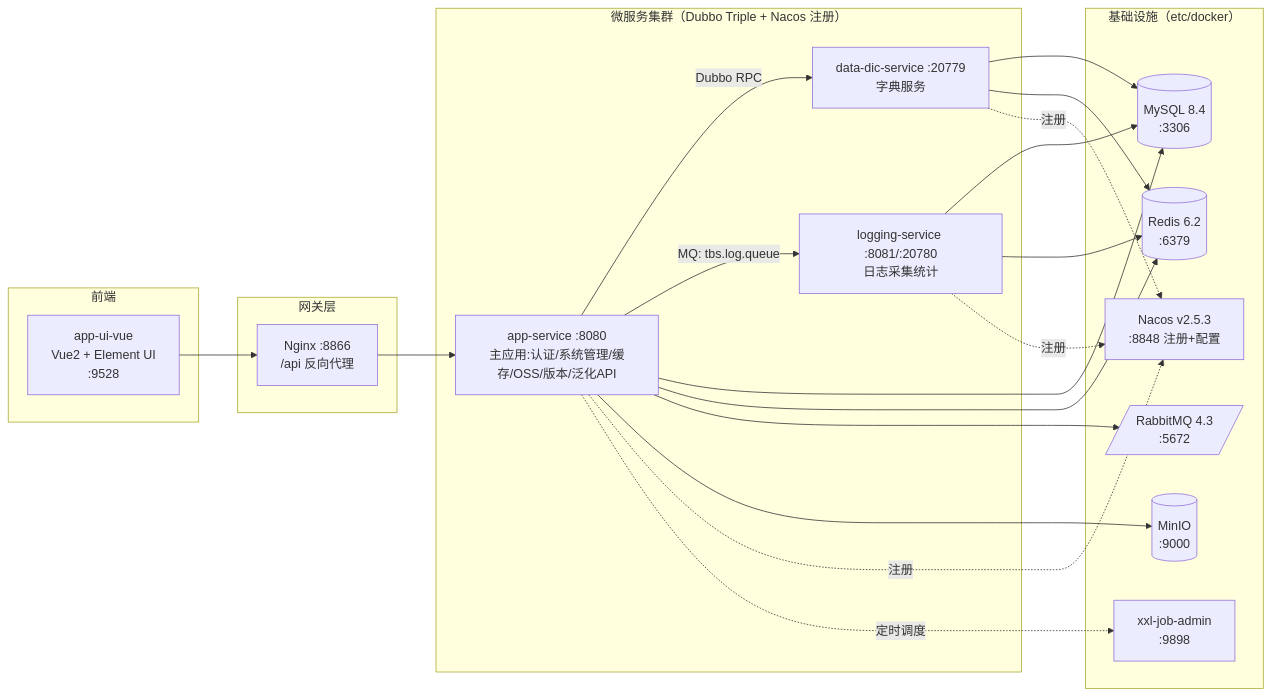
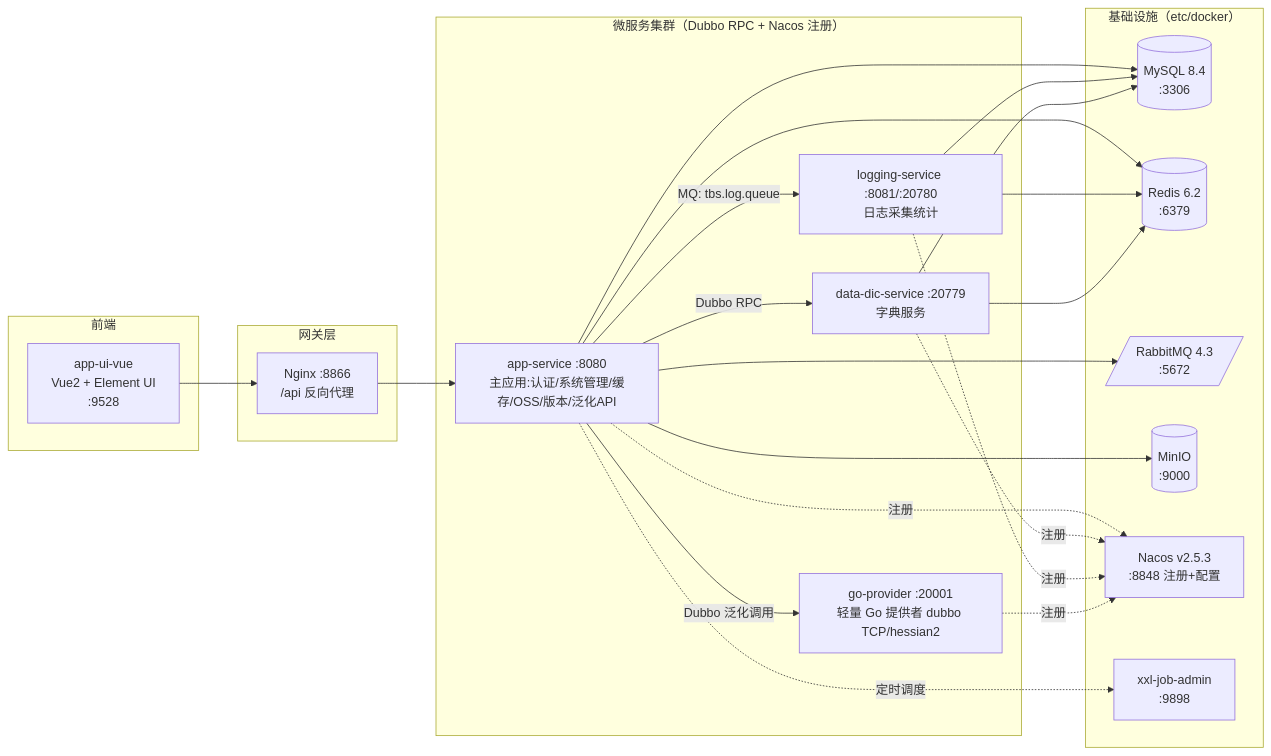
The diagram in README.md (tongjames0923/abstergo_solution), drawn with Mermaid before and after one commit. The commit also changed other lines of this file and 9 other files, not shown here.

First line of the commit message:
docs(go-dubbo-provider): 新增 Go 轻量提供者指南并同步各分册规范

````diff
--- a/README.md
+++ b/README.md
@@ -38,30 +40,32 @@
 ```mermaid
 flowchart LR
     subgraph FE["前端"]
         UI["app-ui-vue<br/>Vue2 + Element UI<br/>:9528"]
     end
     subgraph GW["网关层"]
         NG["Nginx :8866<br/>/api 反向代理"]
     end
-    subgraph SVC["微服务集群（Dubbo Triple + Nacos 注册）"]
+    subgraph SVC["微服务集群（Dubbo RPC + Nacos 注册）"]
         APP["app-service :8080<br/>主应用:认证/系统管理/缓存/OSS/版本/泛化API"]
         DIC["data-dic-service :20779<br/>字典服务"]
         LOG["logging-service :8081/:20780<br/>日志采集统计"]
+        GO["go-provider :20001<br/>轻量 Go 提供者 dubbo TCP/hessian2"]
     end
     subgraph INFRA["基础设施（etc/docker）"]
         MYSQL[("MySQL 8.4<br/>:3306")]
         REDIS[("Redis 6.2<br/>:6379")]
         MQ[/"RabbitMQ 4.3<br/>:5672"/]
         MINIO[("MinIO<br/>:9000")]
         NACOS["Nacos v2.5.3<br/>:8848 注册+配置"]
         XXL["xxl-job-admin<br/>:9898"]
     end
     UI --> NG --> APP
     APP -->|Dubbo RPC| DIC
+    APP -->|Dubbo 泛化调用| GO
     APP -->|"MQ: tbs.log.queue"| LOG
     APP --> MYSQL & REDIS & MQ & MINIO
     LOG --> MYSQL & REDIS
     DIC --> MYSQL & REDIS
-    APP & DIC & LOG -.->|注册| NACOS
+    APP & DIC & LOG & GO -.->|注册| NACOS
     APP -.->|定时调度| XXL
 ```
````
